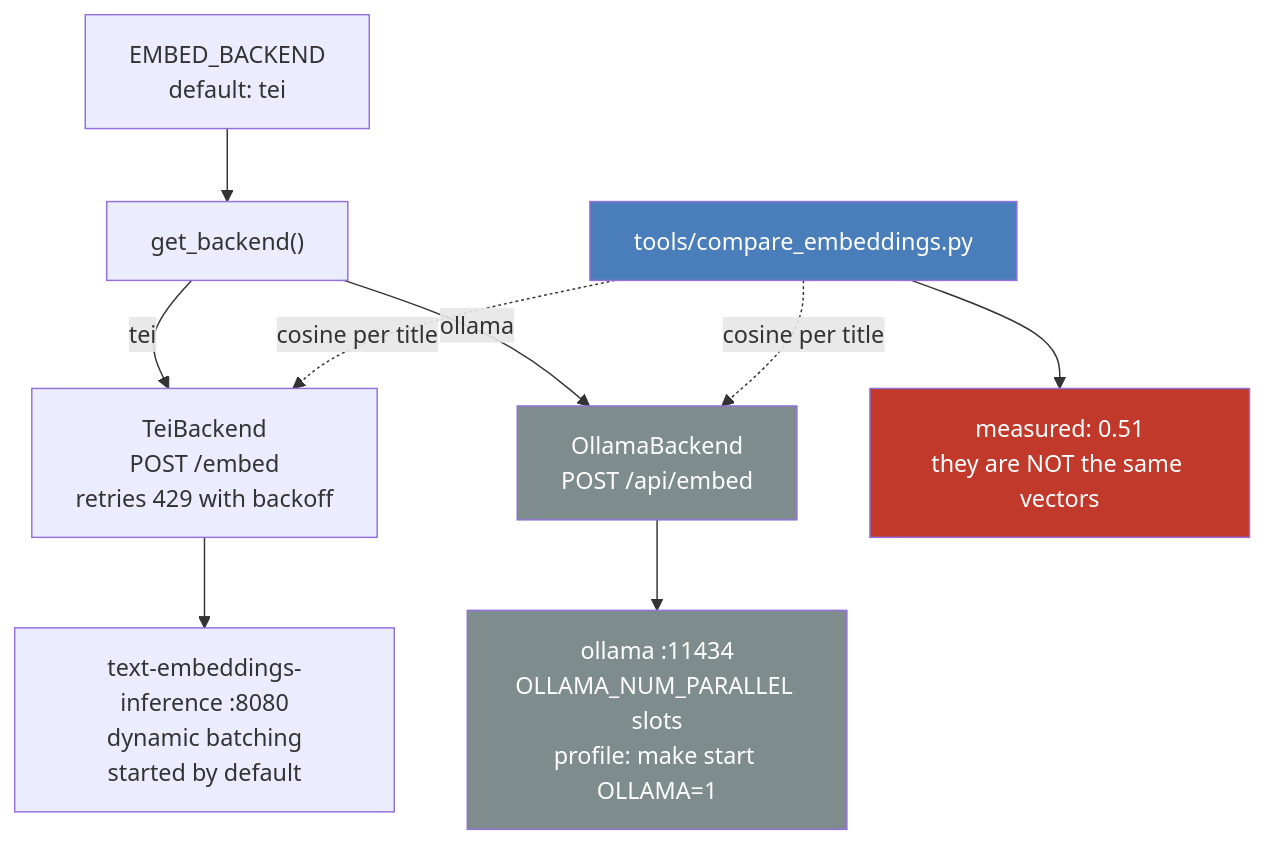
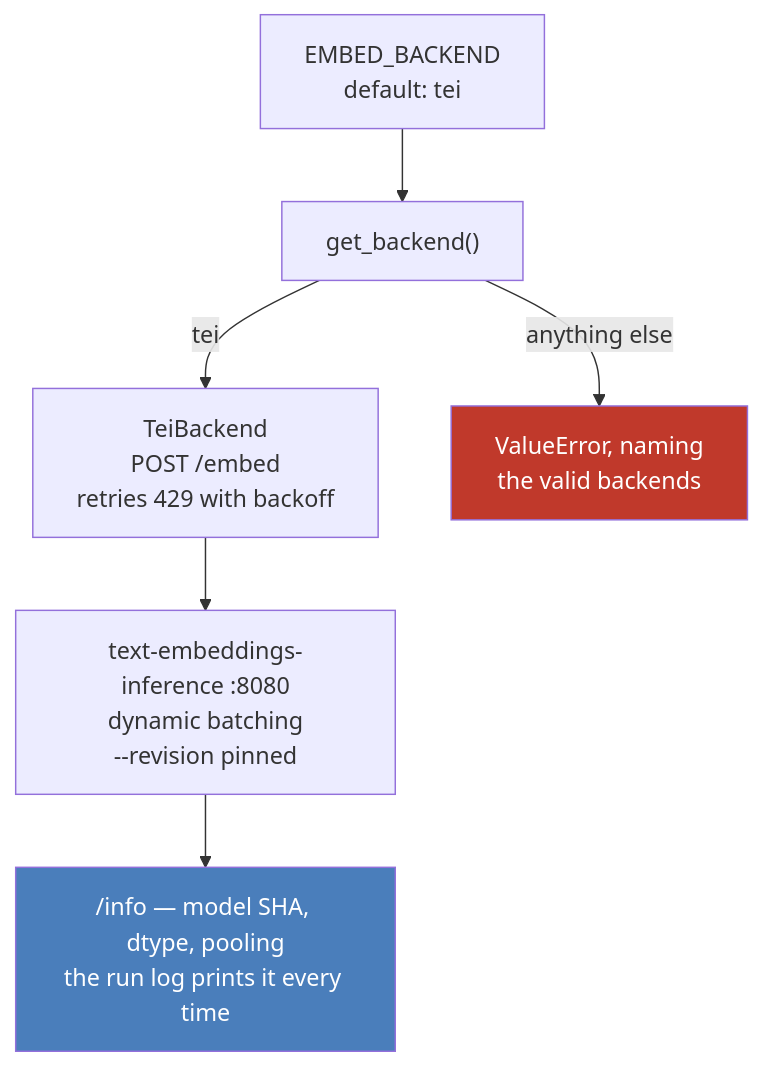
Before and after one commit to Guillaume-Gozillon/search-lab-ingest: the third of 7 diagrams in article-02-vector-ingestion/ARCHITECTURE.md, drawn with Mermaid. The commit also changed other lines of this file and 13 other files, not shown here.

Commit message:
Remove the Ollama backend: TEI is the only engine now

````diff
--- a/article-02-vector-ingestion/ARCHITECTURE.md
+++ b/article-02-vector-ingestion/ARCHITECTURE.md
@@ -74,16 +74,11 @@
 ```mermaid
 flowchart TD
     CFG["EMBED_BACKEND<br/>default: tei"] --> GB["get_backend()"]
     GB -->|tei| TB["TeiBackend<br/>POST /embed<br/>retries 429 with backoff"]
-    GB -->|ollama| OB["OllamaBackend<br/>POST /api/embed"]
-    TB --> TEI["text-embeddings-inference :8080<br/>dynamic batching<br/>started by default"]
-    OB --> OLL["ollama :11434<br/>OLLAMA_NUM_PARALLEL slots<br/>profile: make start OLLAMA=1"]
-    CMP["tools/compare_embeddings.py"] -.->|"cosine per title"| OB
-    CMP -.->|"cosine per title"| TB
-    CMP --> FIND["measured: 0.51<br/>they are NOT the same vectors"]
+    GB -->|anything else| ERR["ValueError, naming<br/>the valid backends"]
+    TB --> TEI["text-embeddings-inference :8080<br/>dynamic batching<br/>--revision pinned"]
+    TEI --> INFO["/info — model SHA, dtype, pooling<br/>the run log prints it every time"]
 
-    style CMP fill:#4a7ebb,color:#fff
-    style FIND fill:#c0392b,color:#fff
-    style OB fill:#7f8c8d,color:#fff
-    style OLL fill:#7f8c8d,color:#fff
+    style ERR fill:#c0392b,color:#fff
+    style INFO fill:#4a7ebb,color:#fff
 ```
````
